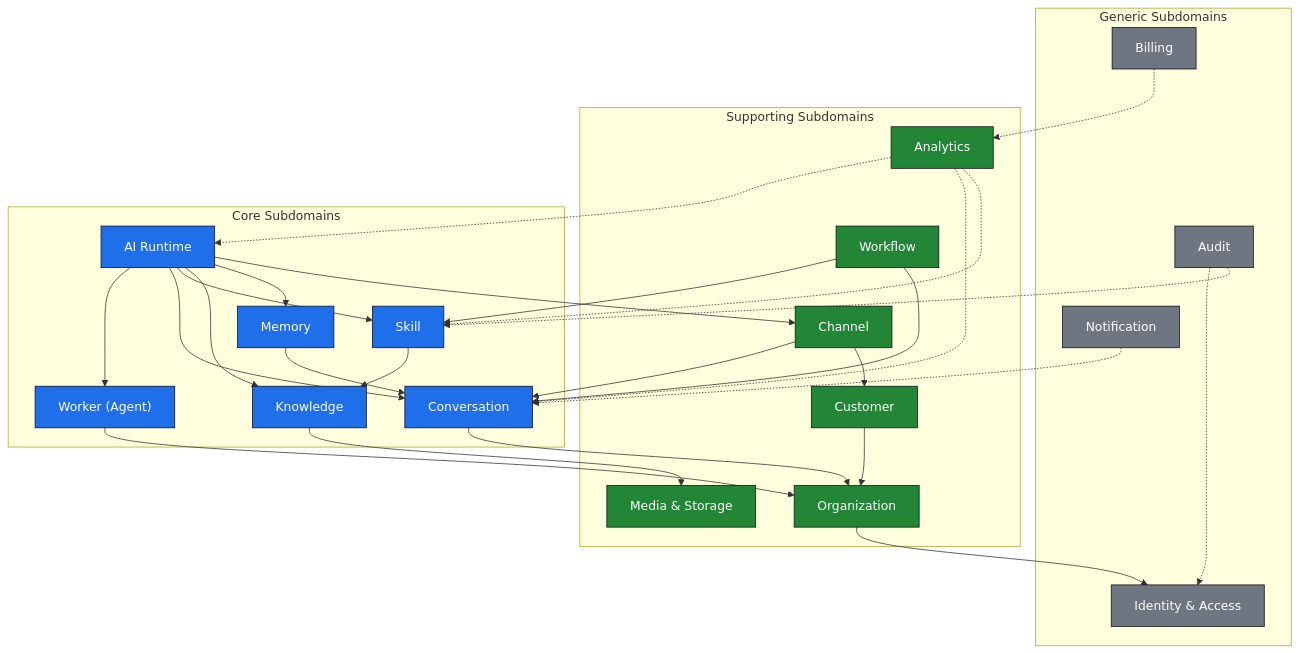
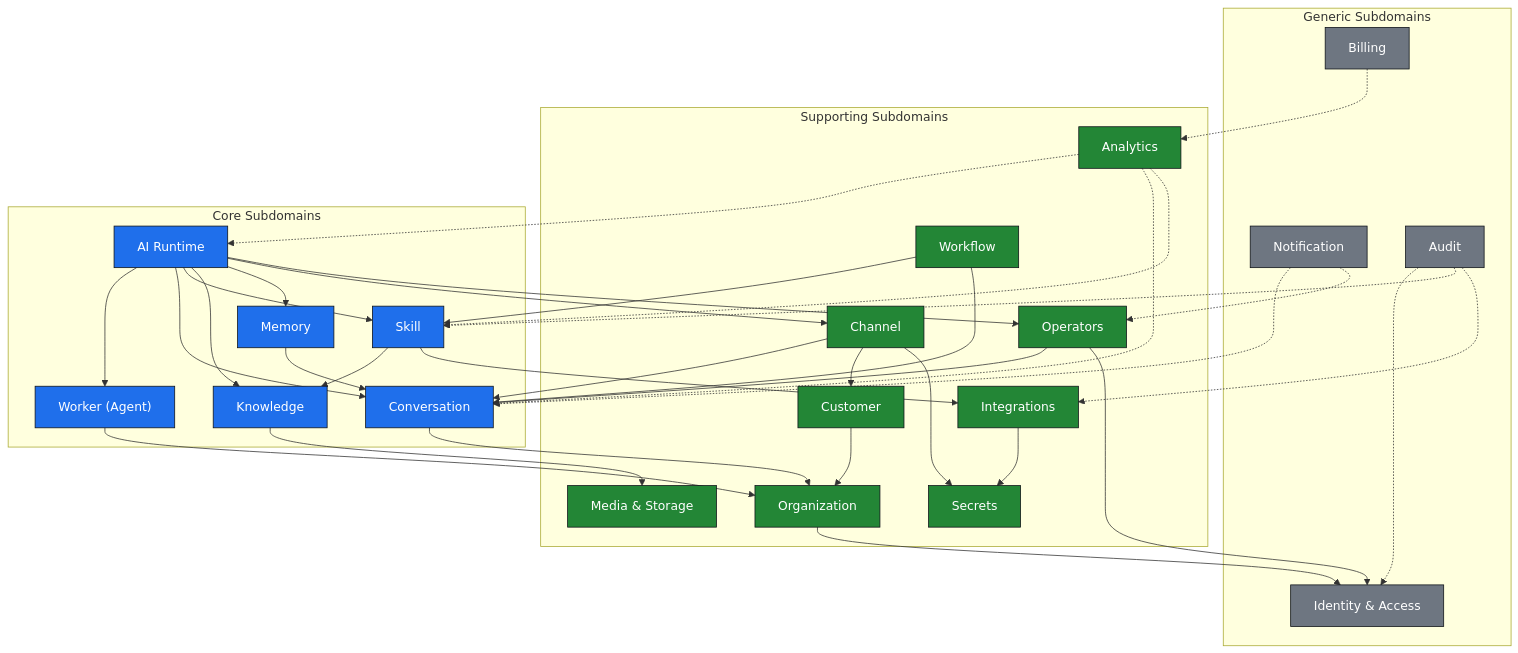
One commit to ameenshahh/ai-workforce-os changed the first of 2 diagrams in docs/01-domain/DOMAIN_MAP.md. Above: the diagram before and after it, drawn with Mermaid. The commit also changed other lines of this file, not shown here.

````diff
--- a/docs/01-domain/DOMAIN_MAP.md
+++ b/docs/01-domain/DOMAIN_MAP.md
@@ -75,59 +80,70 @@
 ```mermaid
 graph TB
     subgraph Generic["Generic Subdomains"]
         IAM["Identity & Access"]
         NOTIF["Notification"]
         BILL["Billing"]
         AUDIT["Audit"]
     end
 
     subgraph Supporting["Supporting Subdomains"]
         ORG["Organization"]
         CHAN["Channel"]
         CUST["Customer"]
         WF["Workflow"]
         ANALYTICS["Analytics"]
         MEDIA["Media & Storage"]
+        OPS["Operators"]
+        INTEG["Integrations"]
+        SECR["Secrets"]
     end
 
     subgraph Core["Core Subdomains"]
         WORKER["Worker (Agent)"]
         RUNTIME["AI Runtime"]
         CONV["Conversation"]
         SKILL["Skill"]
         KNOW["Knowledge"]
         MEM["Memory"]
     end
 
     ORG --> IAM
     WORKER --> ORG
     CONV --> ORG
     CUST --> ORG
     CHAN --> CONV
     CHAN --> CUST
     RUNTIME --> WORKER
     RUNTIME --> CONV
     RUNTIME --> SKILL
     RUNTIME --> KNOW
     RUNTIME --> MEM
     RUNTIME --> CHAN
     SKILL --> KNOW
     KNOW --> MEDIA
     MEM --> CONV
     WF --> SKILL
     WF --> CONV
+    SKILL --> INTEG
+    INTEG --> SECR
+    CHAN --> SECR
+    OPS --> CONV
+    OPS --> IAM
+    RUNTIME --> OPS
     ANALYTICS -.-> RUNTIME
     ANALYTICS -.-> CONV
     ANALYTICS -.-> SKILL
     BILL -.-> ANALYTICS
     NOTIF -.-> CONV
+    NOTIF -.-> OPS
     AUDIT -.-> IAM
     AUDIT -.-> SKILL
+    AUDIT -.-> INTEG
 
     classDef core fill:#1f6feb,stroke:#0d1117,color:#ffffff;
     classDef supporting fill:#238636,stroke:#0d1117,color:#ffffff;
     classDef generic fill:#6e7681,stroke:#0d1117,color:#ffffff;
     class WORKER,RUNTIME,CONV,SKILL,KNOW,MEM core;
-    class ORG,CHAN,CUST,WF,ANALYTICS,MEDIA supporting;
+    class ORG,CHAN,CUST,WF,ANALYTICS,MEDIA,OPS,INTEG,SECR supporting;
     class IAM,NOTIF,BILL,AUDIT generic;
 ```
````
